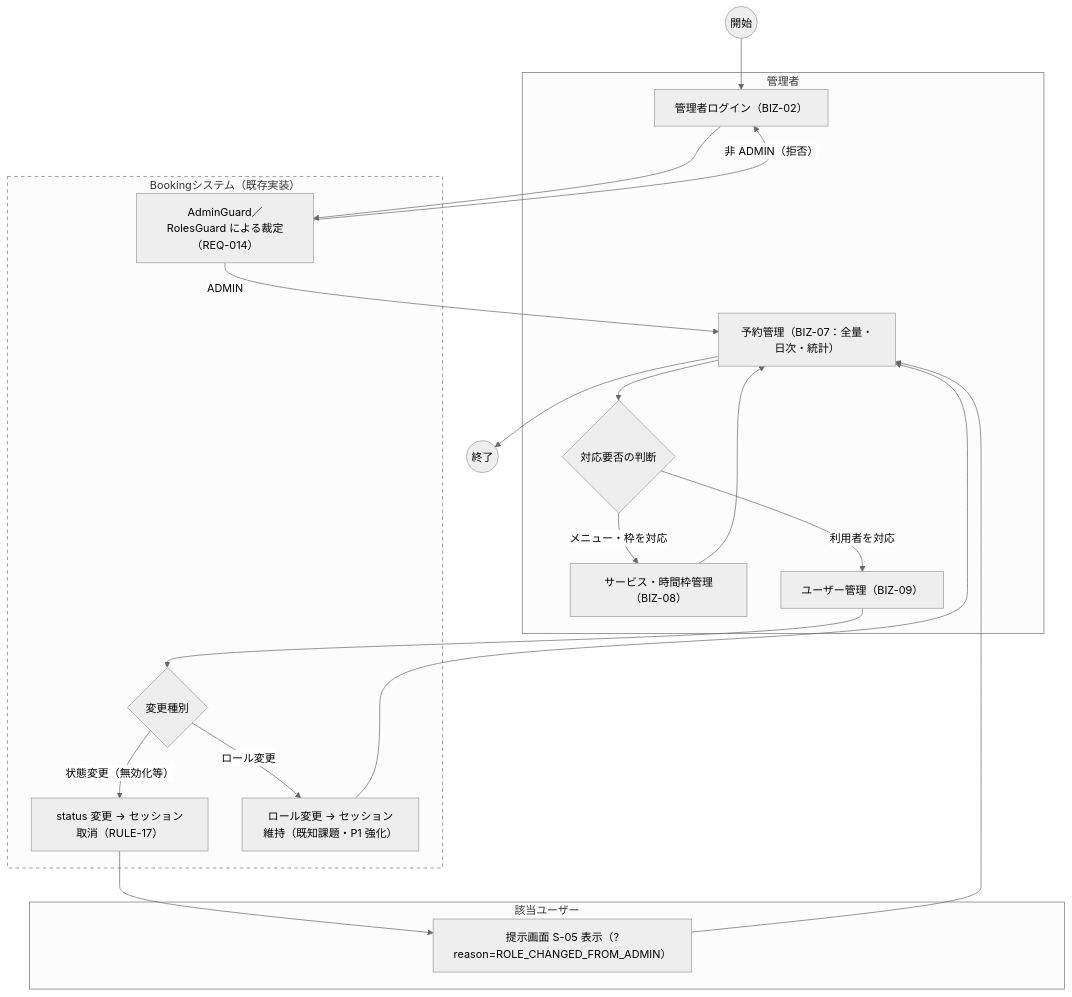
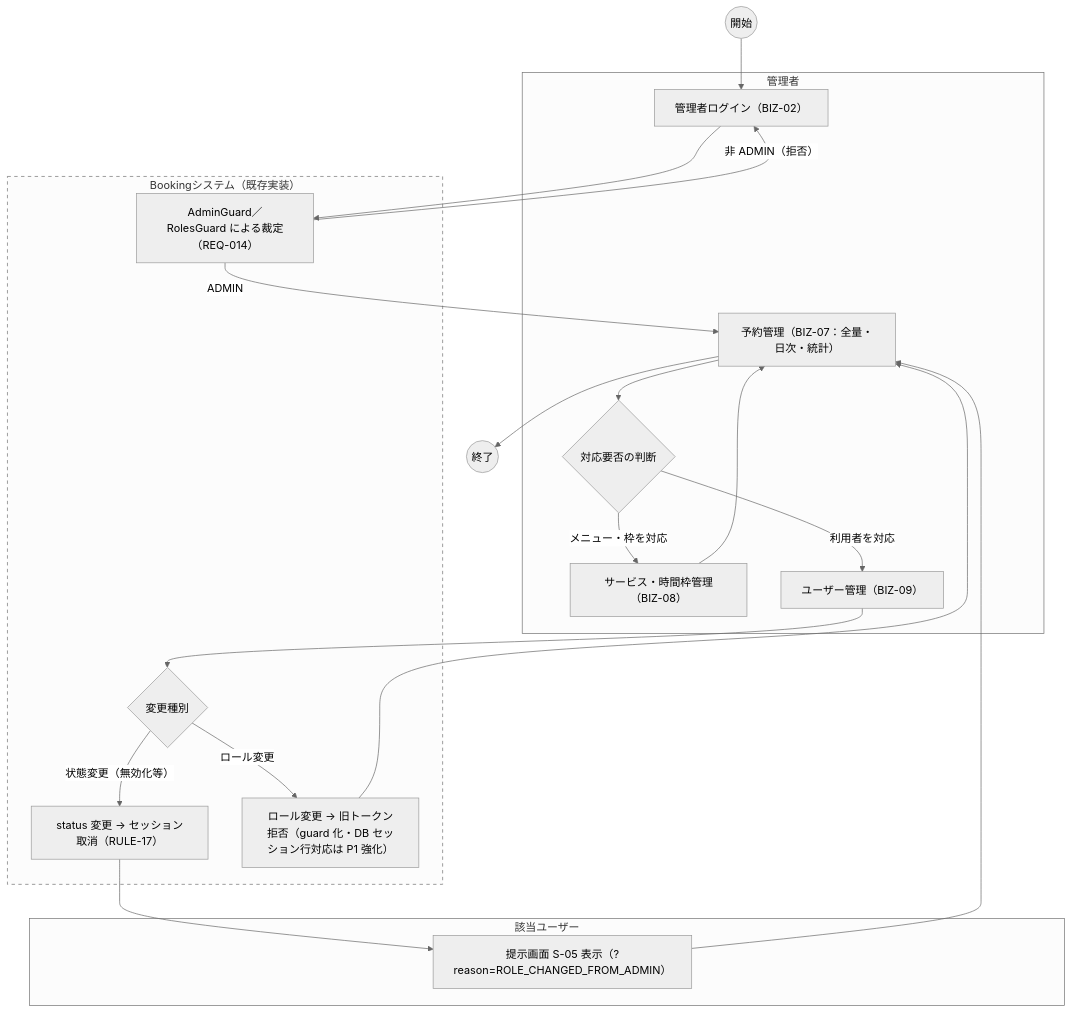
The third of 7 diagrams in docs/asset/requirement-definition/04_業務フロー.md (Cho-Geer/chogeer), drawn with Mermaid (neutral theme) before and after one commit. The commit also changed 11 other files, not shown here.

````diff
--- a/docs/asset/requirement-definition/04_業務フロー.md
+++ b/docs/asset/requirement-definition/04_業務フロー.md
@@ -80,32 +80,32 @@
 ```mermaid
 flowchart TB
     ST3(("開始"))
     subgraph A3["管理者"]
         LOGIN3["管理者ログイン（BIZ-02）"]
         RESA3["予約管理（BIZ-07：全量・日次・統計）"]
         JUDGE3{"対応要否の判断"}
         SVC3["サービス・時間枠管理（BIZ-08）"]
         USR3["ユーザー管理（BIZ-09）"]
     end
     subgraph SYS3["Bookingシステム（既存実装）"]
         GUARD3["AdminGuard／RolesGuard による裁定（REQ-014）"]
         STATCHG3{"変更種別"}
         STOP3["status 変更 → セッション取消（RULE-17）"]
-        ROLE3["ロール変更 → セッション維持（既知課題・P1 強化）"]
+        ROLE3["ロール変更 → 旧トークン拒否（guard 化・DB セッション行対応は P1 強化）"]
     end
     subgraph U3["該当ユーザー"]
         S05["提示画面 S-05 表示（?reason=ROLE_CHANGED_FROM_ADMIN）"]
     end
     EN3(("終了"))
 
     ST3 --> LOGIN3 --> GUARD3
     GUARD3 -->|"ADMIN"| RESA3
     GUARD3 -->|"非 ADMIN（拒否）"| LOGIN3
     RESA3 --> JUDGE3
     JUDGE3 -->|"メニュー・枠を対応"| SVC3 --> RESA3
     JUDGE3 -->|"利用者を対応"| USR3 --> STATCHG3
     STATCHG3 -->|"状態変更（無効化等）"| STOP3 --> S05 --> RESA3
     STATCHG3 -->|"ロール変更"| ROLE3 --> RESA3
     RESA3 --> EN3
     style SYS3 stroke-dasharray: 5 5
 ```
````
